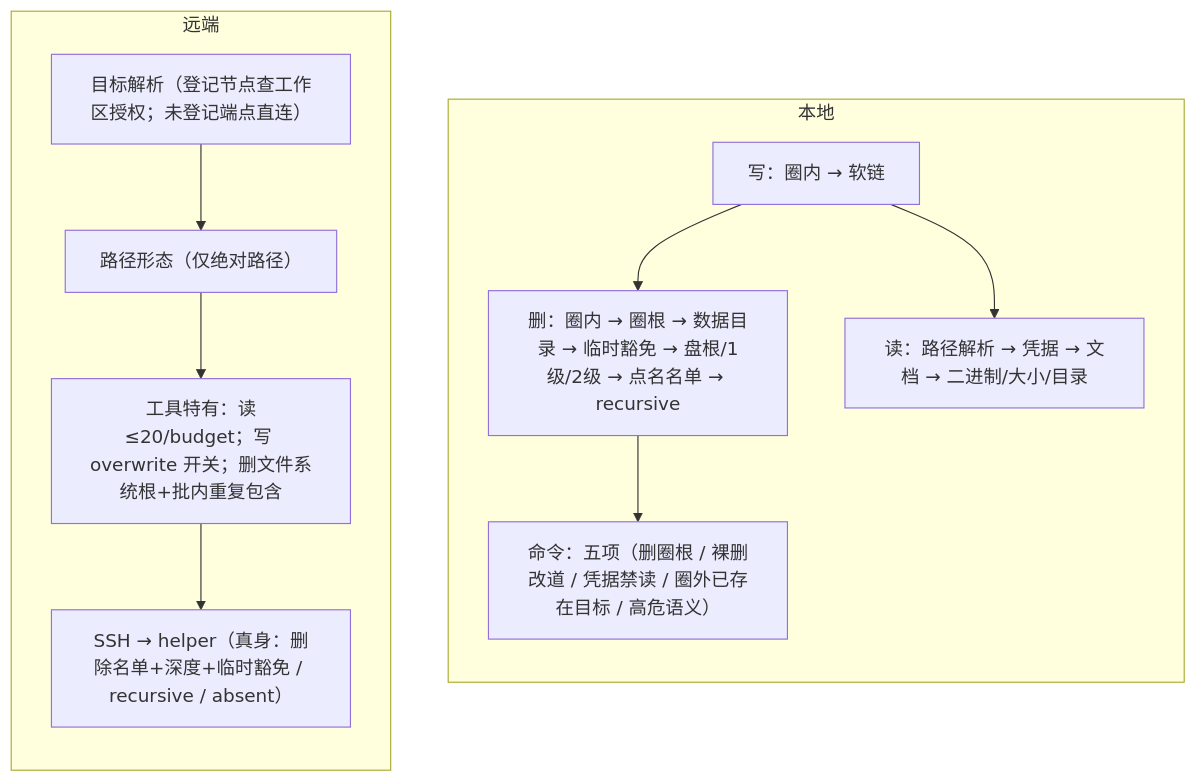
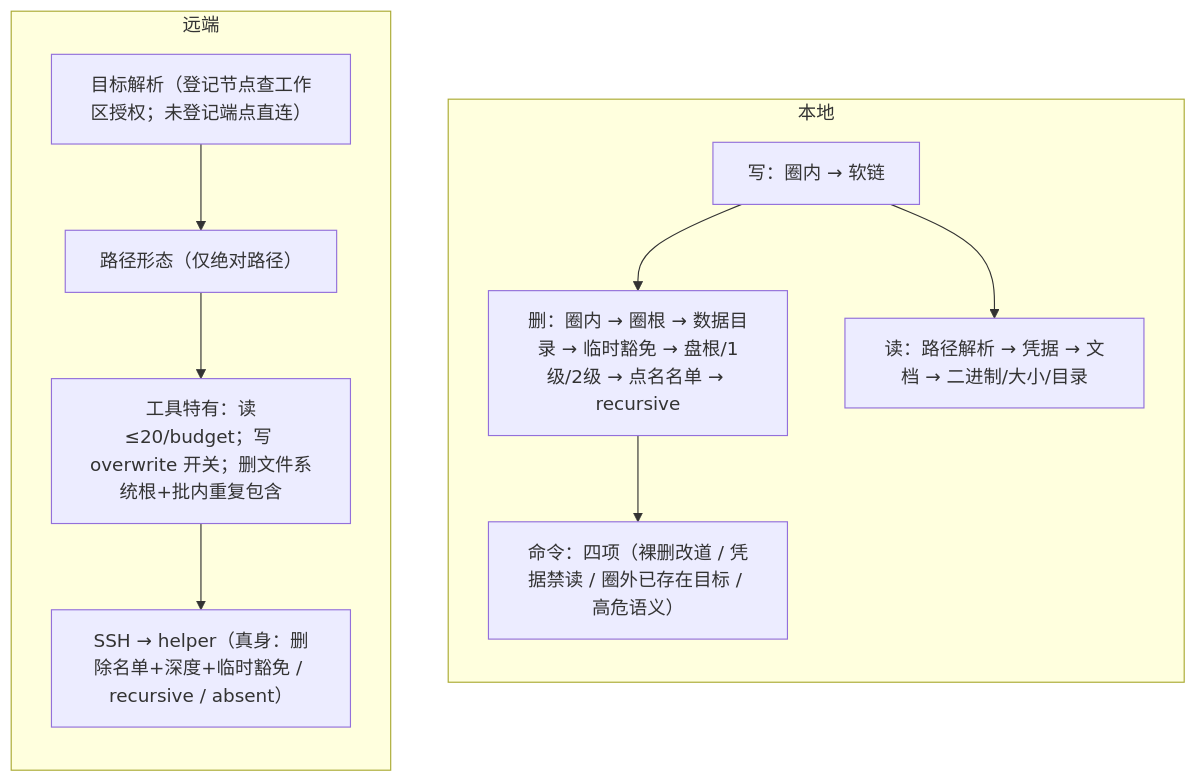
Before and after one commit to Bronya0/ally-agent: the diagram in docs/safety-fence.md, drawn with Mermaid. The commit also changed other lines of this file and 86 other files, not shown here.

````diff
--- a/docs/safety-fence.md
+++ b/docs/safety-fence.md
@@ -23,15 +21,15 @@
 ```mermaid
 flowchart TB
   subgraph L["本地"]
     direction TB
     L1["写：圈内 → 软链"]:::core --> L2["删：圈内 → 圈根 → 数据目录 → 临时豁免 → 盘根/1级/2级 → 点名名单 → recursive"]:::ev
-    L2 --> L3["命令：五项（删圈根 / 裸删改道 / 凭据禁读 / 圈外已存在目标 / 高危语义）"]:::exec
+    L2 --> L3["命令：四项（裸删改道 / 凭据禁读 / 圈外已存在目标 / 高危语义）"]:::exec
     L1 --> L4["读：路径解析 → 凭据 → 文档 → 二进制/大小/目录"]:::prov
   end
   subgraph R["远端"]
     direction TB
     R1["目标解析（登记节点查工作区授权；未登记端点直连）"]:::llm --> R2["路径形态（仅绝对路径）"]:::core
     R2 --> R3["工具特有：读≤20/budget；写 overwrite 开关；删文件系统根+批内重复包含"]:::ev
     R3 --> R4["SSH → helper（真身：删除名单+深度+临时豁免 / recursive / absent）"]:::risk
   end
 ```
````
